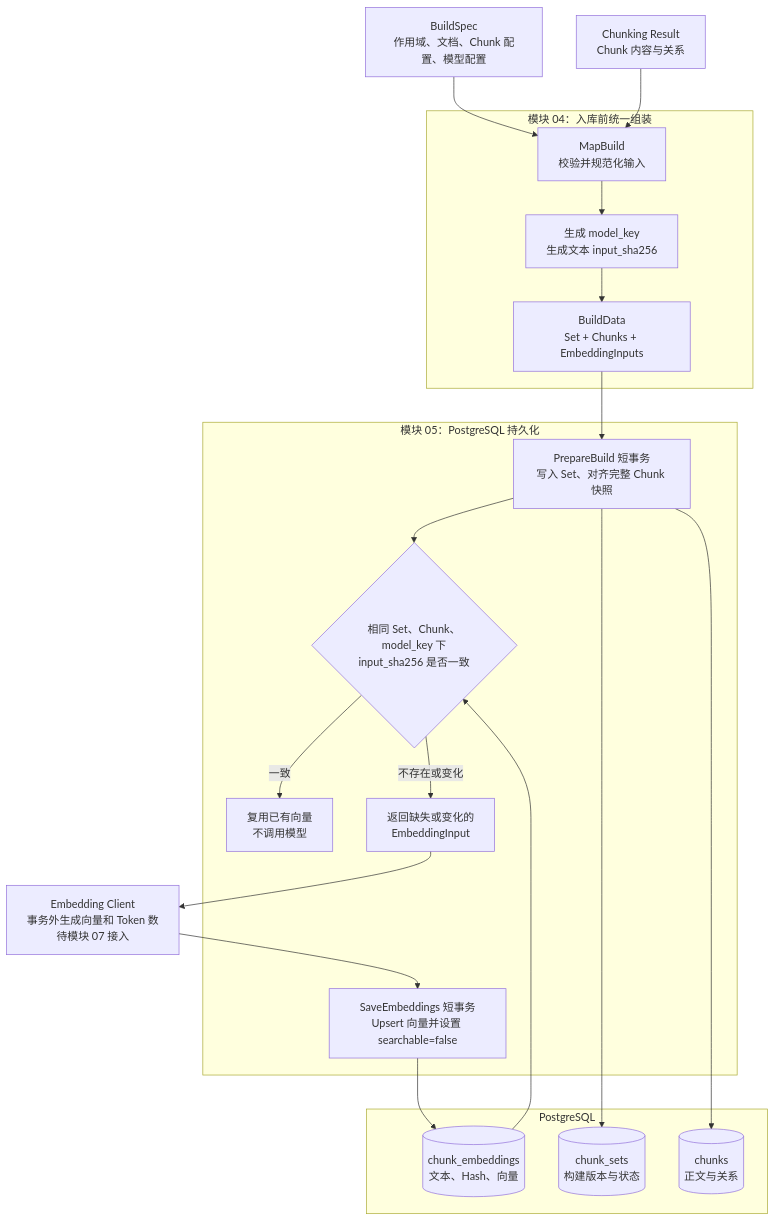
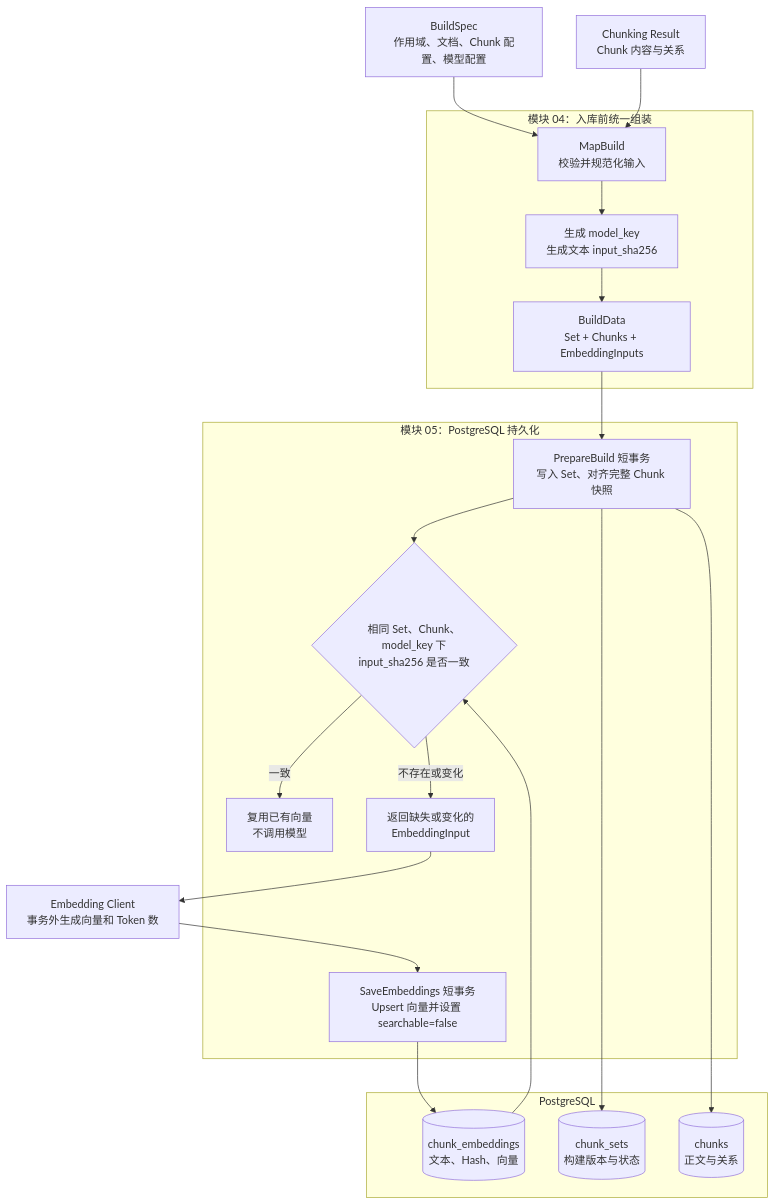
One commit to wo4zhuzi/eino-flow changed the second of 3 diagrams in README.md. Above: the diagram before and after it, drawn with Mermaid. The commit also changed other lines of this file and 12 other files, not shown here.

````diff
--- a/README.md
+++ b/README.md
@@ -71,41 +70,41 @@
 ```mermaid
 flowchart TB
     Spec[BuildSpec<br/>作用域、文档、Chunk 配置、模型配置]
     ChunkResult[Chunking Result<br/>Chunk 内容与关系]
 
     subgraph Module04[模块 04：入库前统一组装]
         MapBuild[MapBuild<br/>校验并规范化输入]
         BuildData[BuildData<br/>Set + Chunks + EmbeddingInputs]
         Hash[生成 model_key<br/>生成文本 input_sha256]
 
         MapBuild --> Hash --> BuildData
     end
 
     subgraph Module05[模块 05：PostgreSQL 持久化]
         Prepare[PrepareBuild 短事务<br/>写入 Set、对齐完整 Chunk 快照]
         Compare{相同 Set、Chunk、model_key 下<br/>input_sha256 是否一致}
         Reuse[复用已有向量<br/>不调用模型]
         Missing[返回缺失或变化的<br/>EmbeddingInput]
         Save[SaveEmbeddings 短事务<br/>Upsert 向量并设置 searchable=false]
 
         Prepare --> Compare
         Compare -->|一致| Reuse
         Compare -->|不存在或变化| Missing
     end
 
-    Embed[Embedding Client<br/>事务外生成向量和 Token 数<br/>待模块 07 接入]
+    Embed[Embedding Client<br/>事务外生成向量和 Token 数]
 
     subgraph PostgreSQL[PostgreSQL]
         Sets[(chunk_sets<br/>构建版本与状态)]
         Chunks[(chunks<br/>正文与关系)]
         Embeddings[(chunk_embeddings<br/>文本、Hash、向量)]
     end
 
     Spec --> MapBuild
     ChunkResult --> MapBuild
     BuildData --> Prepare
     Prepare --> Sets
     Prepare --> Chunks
     Embeddings --> Compare
     Missing --> Embed --> Save --> Embeddings
 ```
````
